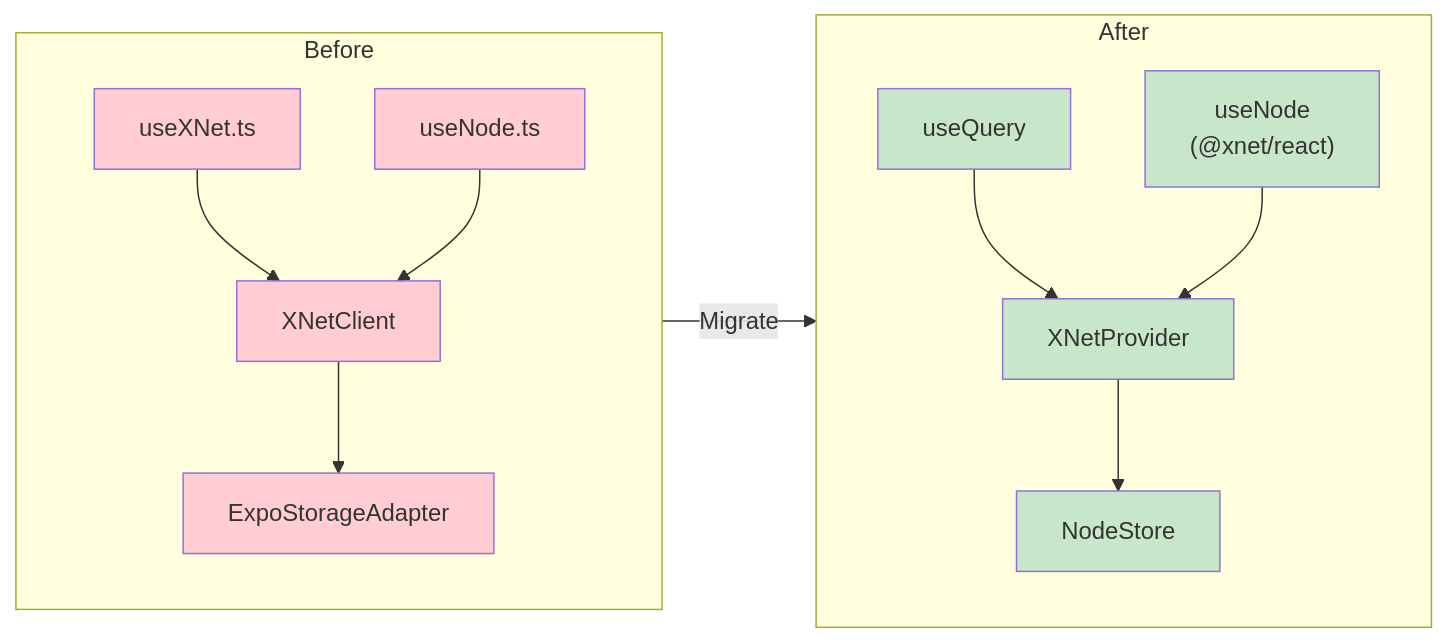
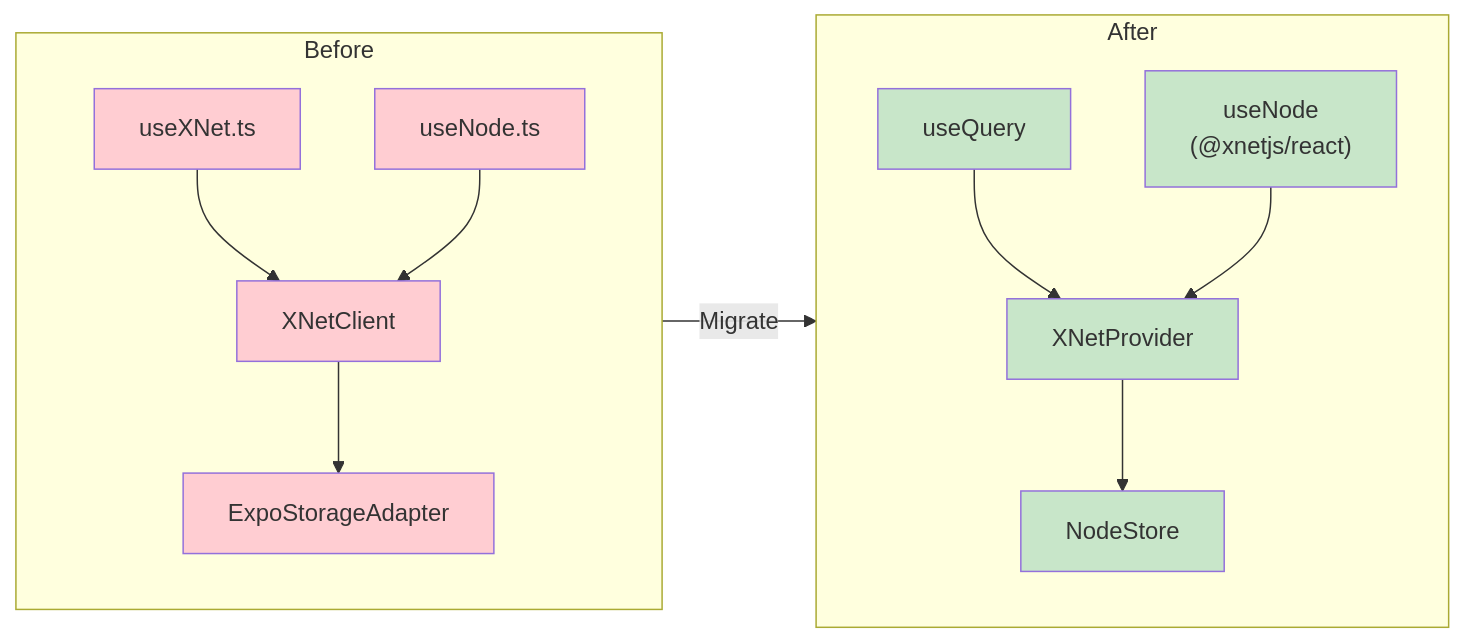
The fourth of 7 diagrams in docs/explorations/0073_[-]_STORAGEADAPTER_REMOVAL.md (crs48/xNet), drawn with Mermaid before and after one commit. The commit also changed other lines of this file and 980 other files, not shown here.

````diff
--- a/docs/explorations/0073_[-]_STORAGEADAPTER_REMOVAL.md
+++ b/docs/explorations/0073_[-]_STORAGEADAPTER_REMOVAL.md
@@ -256,25 +256,25 @@
 ```mermaid
 flowchart LR
     subgraph Before["Before"]
         L1["useXNet.ts"] --> XC["XNetClient"]
         L2["useNode.ts"] --> XC
         XC --> ESA["ExpoStorageAdapter"]
     end
 
     subgraph After["After"]
         XP["XNetProvider"] --> NS["NodeStore"]
         UQ["useQuery"] --> XP
-        UN["useNode<br/>(@xnet/react)"] --> XP
+        UN["useNode<br/>(@xnetjs/react)"] --> XP
     end
 
     Before -->|"Migrate"| After
 
     style L1 fill:#ffcdd2
     style L2 fill:#ffcdd2
     style XC fill:#ffcdd2
     style ESA fill:#ffcdd2
     style XP fill:#c8e6c9
     style NS fill:#c8e6c9
     style UQ fill:#c8e6c9
     style UN fill:#c8e6c9
 ```
````
